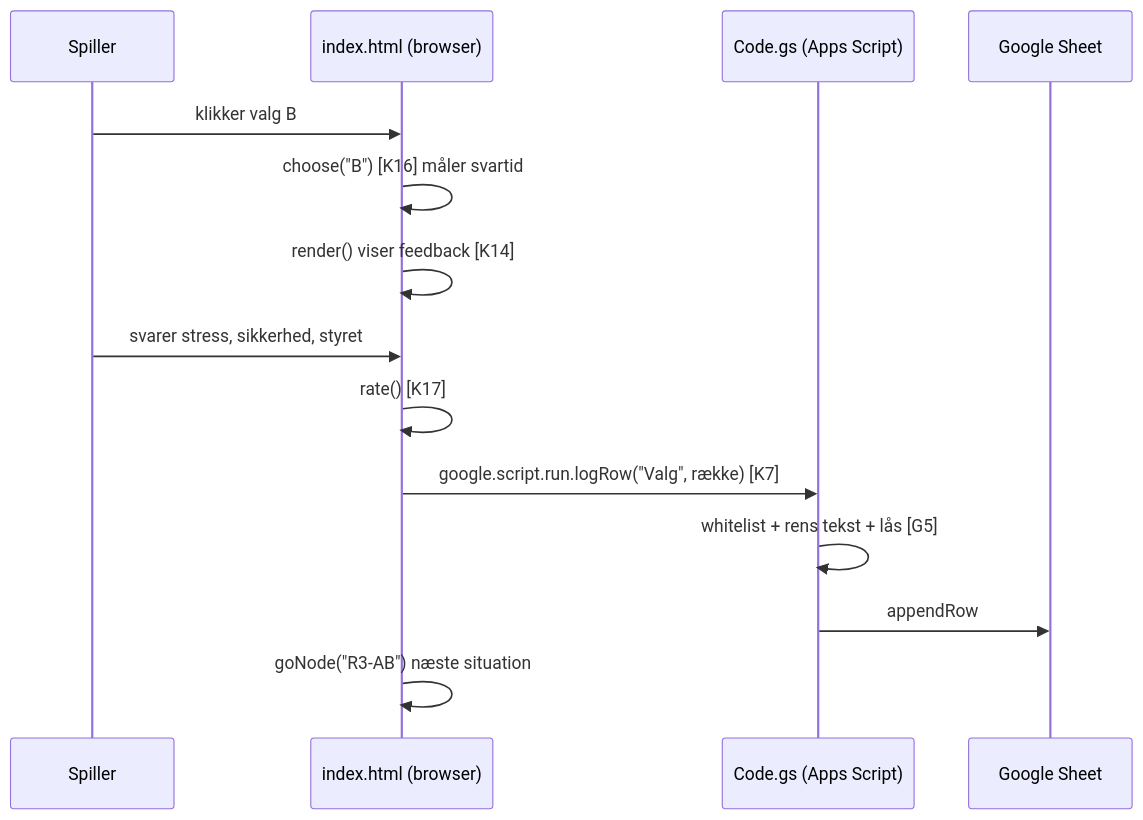
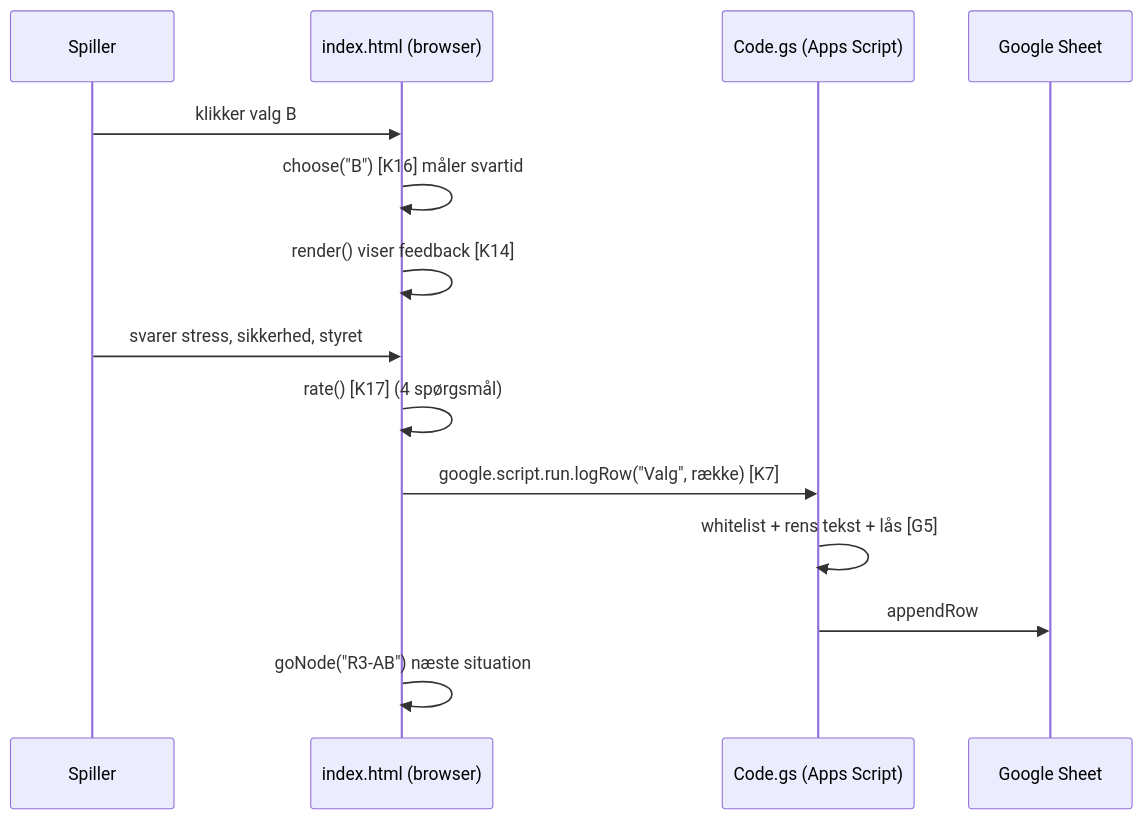
Before and after one commit to rapand1000/RUC: the diagram in sygeplejerske-spil/docs/kodeguide.md, drawn with Mermaid. The commit also changed other lines of this file and 14 other files, not shown here.

````diff
--- a/sygeplejerske-spil/docs/kodeguide.md
+++ b/sygeplejerske-spil/docs/kodeguide.md
@@ -75,16 +75,16 @@
 ```mermaid
 sequenceDiagram
     participant Spiller
     participant Spil as index.html (browser)
     participant Server as Code.gs (Apps Script)
     participant Ark as Google Sheet
     Spiller->>Spil: klikker valg B
     Spil->>Spil: choose("B") [K16] måler svartid
     Spil->>Spil: render() viser feedback [K14]
     Spiller->>Spil: svarer stress, sikkerhed, styret
-    Spil->>Spil: rate() [K17]
+    Spil->>Spil: rate() [K17] (4 spørgsmål)
     Spil->>Server: google.script.run.logRow("Valg", række) [K7]
     Server->>Server: whitelist + rens tekst + lås [G5]
     Server->>Ark: appendRow
     Spil->>Spil: goNode("R3-AB") næste situation
 ```
````
